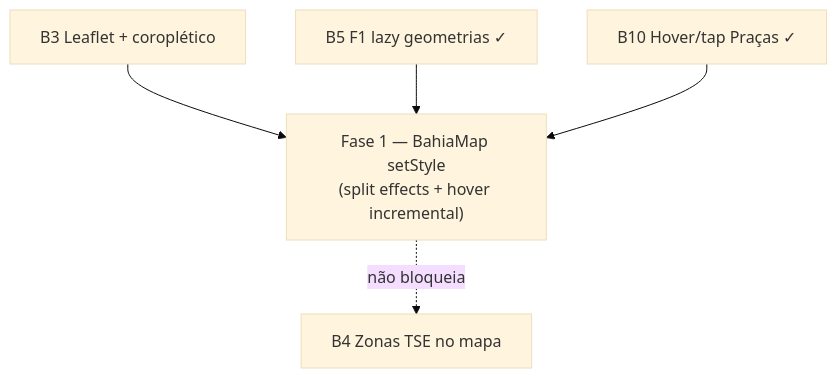
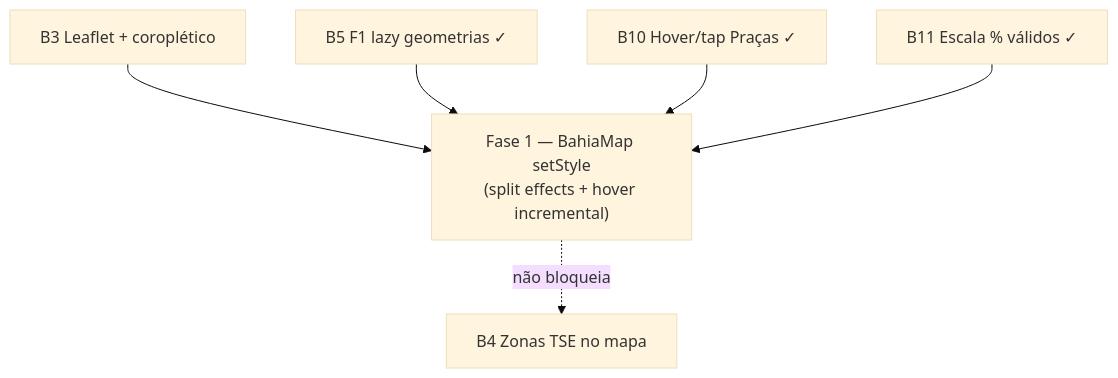
Before and after one commit to fsolla/teqo: the diagram in docs/plans/escala-dry-pos-b3.md, drawn with Mermaid (base theme). The commit also changed other lines of this file and 14 other files, not shown here.

````diff
--- a/docs/plans/escala-dry-pos-b3.md
+++ b/docs/plans/escala-dry-pos-b3.md
@@ -49,8 +50,9 @@
 ```mermaid
 flowchart TD
     B3["B3 Leaflet + coroplético"] --> F1
     B5F1["B5 F1 lazy geometrias ✓"] --> F1
     B10["B10 Hover/tap Praças ✓"] --> F1
+    B11["B11 Escala % válidos ✓"] --> F1
     F1["Fase 1 — BahiaMap setStyle<br/>(split effects + hover incremental)"]
     F1 -.não bloqueia.-> B4["B4 Zonas TSE no mapa"]
 ```
````
